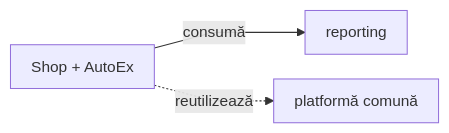
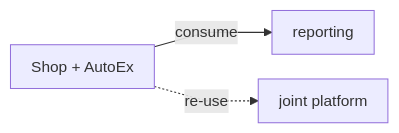
One commit to crististefanita/atf_j0 changed the second of 7 diagrams in README.md. Above: the diagram before and after it, drawn with Mermaid. The commit also changed other lines of this file and 113 other files, not shown here.

````diff
--- a/README.md
+++ b/README.md
@@ -122,10 +125,10 @@
 ```mermaid
 %%{init: {"themeVariables":{"fontSize":"15px"},"themeCSS":".nodeLabel, .nodeLabel p { font-size: 15px !important; line-height: 1.35 !important; } .edgeLabel, .edgeLabel p { font-size: 12px !important; font-weight: 400 !important; line-height: 1.2 !important; } .edgeLabel .labelBkg, .edgeLabel p { background: transparent !important; } .edgeLabel foreignObject { transform: translateY(-18px); overflow: visible; } .node rect { rx: 6px; ry: 6px; }","flowchart":{"curve":"linear","nodeSpacing":24,"rankSpacing":40,"padding":10,"diagramPadding":16}}}%%
 flowchart LR
     Consumers[Shop + AutoEx]
     Reporting[reporting]
-    Platform[platformă comună]
+    Platform[joint platform]
 
-    Consumers -->|consumă| Reporting
-    Consumers -.->|reutilizează| Platform
+    Consumers -->|consume| Reporting
+    Consumers -.->|re-use| Platform
 ```
````
